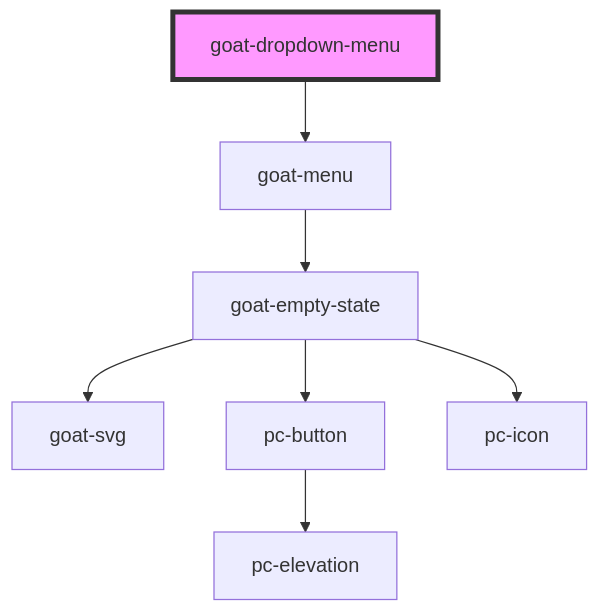
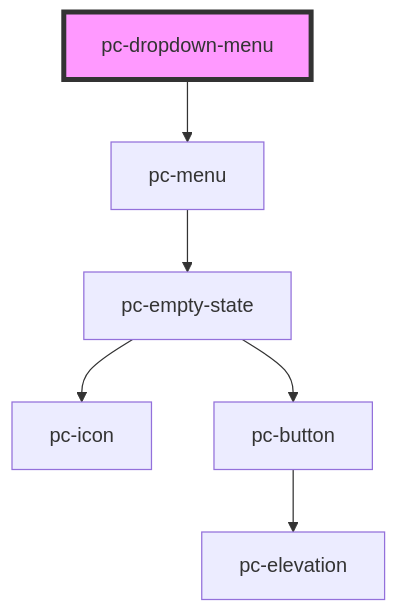
The diagram in src/components/dropdown/dropdown-menu/readme.md (redvars/peacock), drawn with Mermaid before and after one commit. The commit also changed other lines of this file and 299 other files, not shown here.

````diff
--- a/src/components/dropdown/dropdown-menu/readme.md
+++ b/src/components/dropdown/dropdown-menu/readme.md
@@ -29,10 +29,9 @@
 ```mermaid
 graph TD;
-  goat-dropdown-menu --> goat-menu
-  goat-menu --> goat-empty-state
-  goat-empty-state --> goat-svg
-  goat-empty-state --> pc-button
-  goat-empty-state --> pc-icon
+  pc-dropdown-menu --> pc-menu
+  pc-menu --> pc-empty-state
+  pc-empty-state --> pc-icon
+  pc-empty-state --> pc-button
   pc-button --> pc-elevation
-  style goat-dropdown-menu fill:#f9f,stroke:#333,stroke-width:4px
+  style pc-dropdown-menu fill:#f9f,stroke:#333,stroke-width:4px
 ```
````
